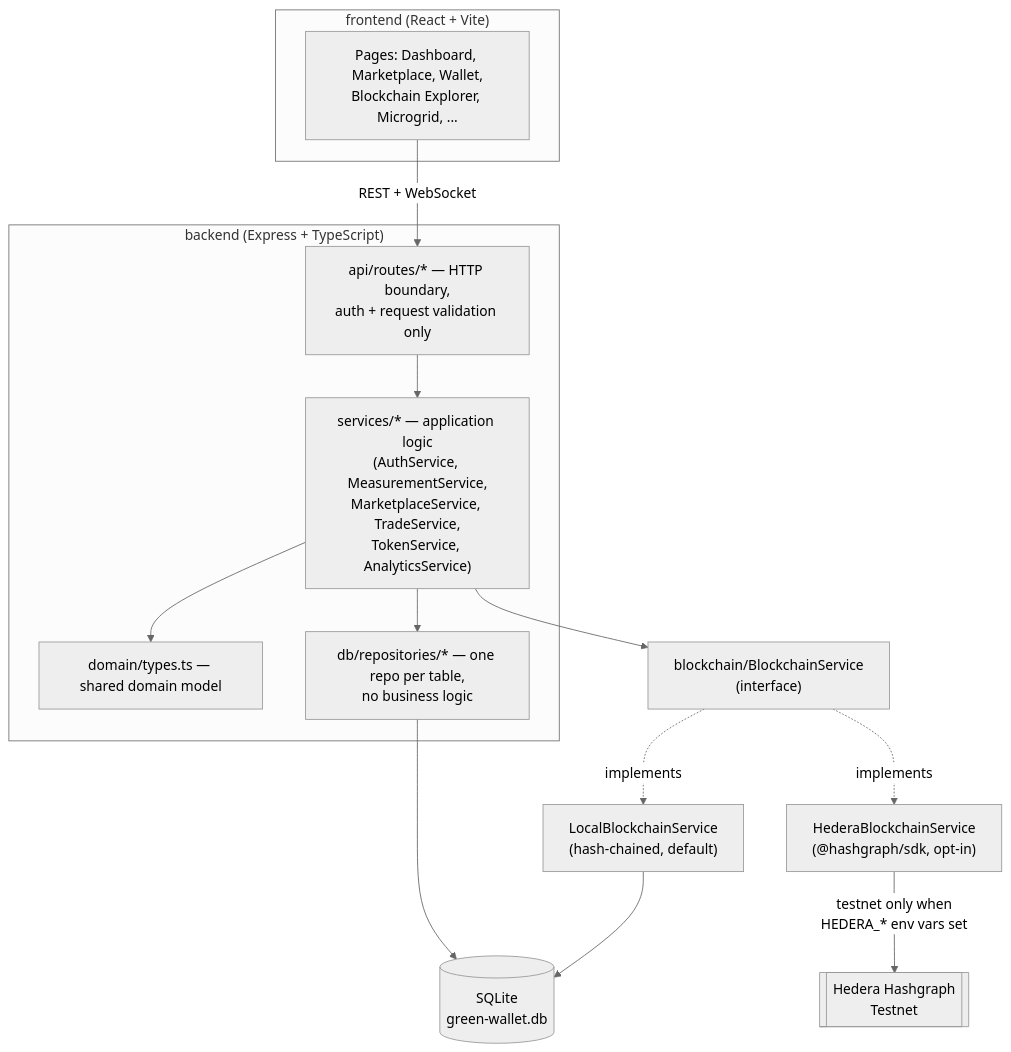
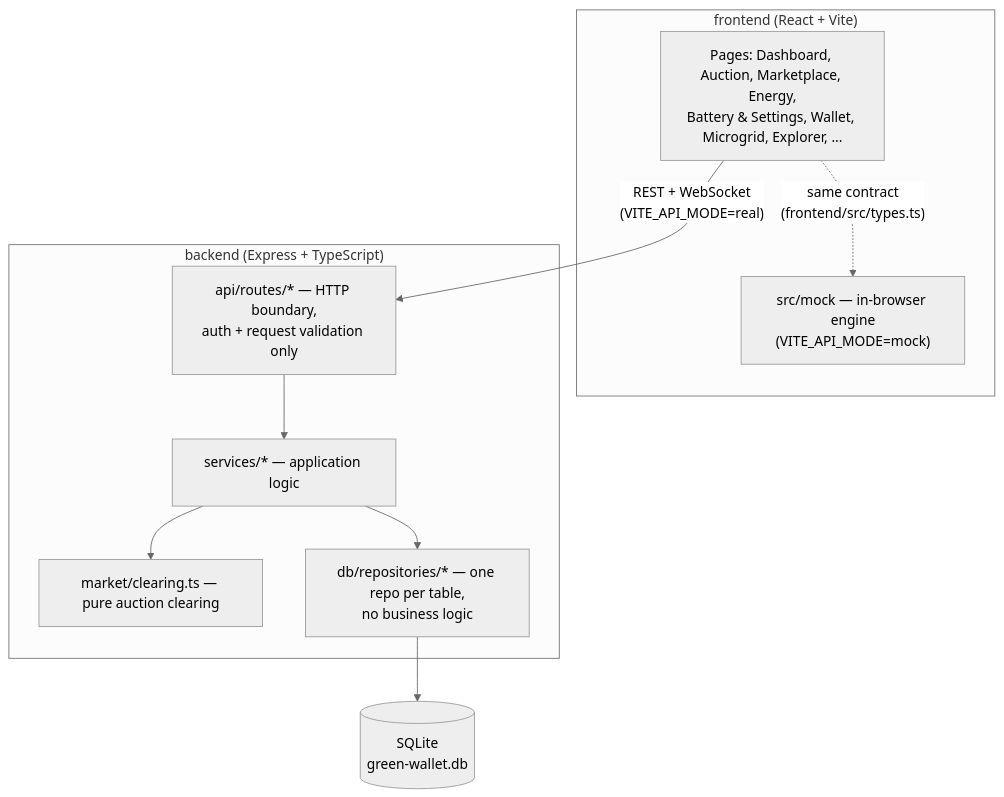
Before and after one commit to khaoula-mechria/green-wallet: the first of 3 diagrams in docs/ARCHITECTURE.md, drawn with Mermaid (neutral theme). The commit also changed other lines of this file and 35 other files, not shown here.

````diff
--- a/docs/ARCHITECTURE.md
+++ b/docs/ARCHITECTURE.md
@@ -5,29 +8,23 @@
 ```mermaid
 flowchart TB
     subgraph Frontend["frontend (React + Vite)"]
-        UI["Pages: Dashboard, Marketplace, Wallet,\nBlockchain Explorer, Microgrid, ..."]
+        UI["Pages: Dashboard, Auction, Marketplace, Energy,\nBattery & Settings, Wallet, Microgrid, Explorer, ..."]
+        Mock["src/mock — in-browser engine\n(VITE_API_MODE=mock)"]
     end
 
     subgraph Backend["backend (Express + TypeScript)"]
         API["api/routes/* — HTTP boundary,\nauth + request validation only"]
-        Services["services/* — application logic\n(AuthService, MeasurementService,\nMarketplaceService, TradeService,\nTokenService, AnalyticsService)"]
-        Domain["domain/types.ts — shared domain model"]
+        Services["services/* — application logic"]
+        Clearing["market/clearing.ts — pure auction clearing"]
         Repos["db/repositories/* — one repo per table,\nno business logic"]
     end
 
     DB[("SQLite\ngreen-wallet.db")]
-    Chain["blockchain/BlockchainService\n(interface)"]
-    Local["LocalBlockchainService\n(hash-chained, default)"]
-    Hedera["HederaBlockchainService\n(@hashgraph/sdk, opt-in)"]
 
-    UI -->|REST + WebSocket| API
+    UI -->|"REST + WebSocket\n(VITE_API_MODE=real)"| API
+    UI -.->|"same contract\n(frontend/src/types.ts)"| Mock
     API --> Services
-    Services --> Domain
+    Services --> Clearing
     Services --> Repos
     Repos --> DB
-    Services --> Chain
-    Chain -.implements.-> Local
-    Chain -.implements.-> Hedera
-    Local --> DB
-    Hedera -->|testnet only when\nHEDERA_* env vars set| HederaNet[["Hedera Hashgraph\nTestnet"]]
 ```
````
